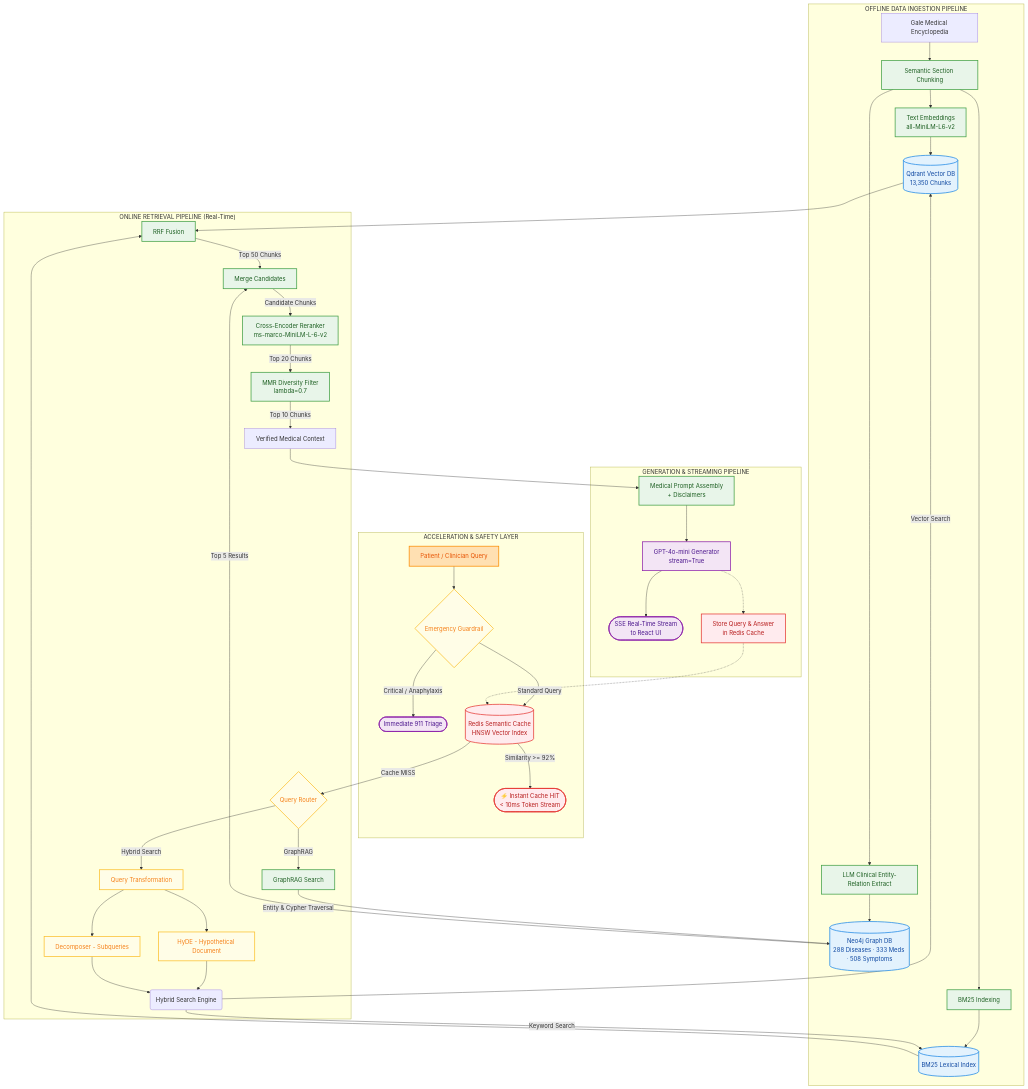
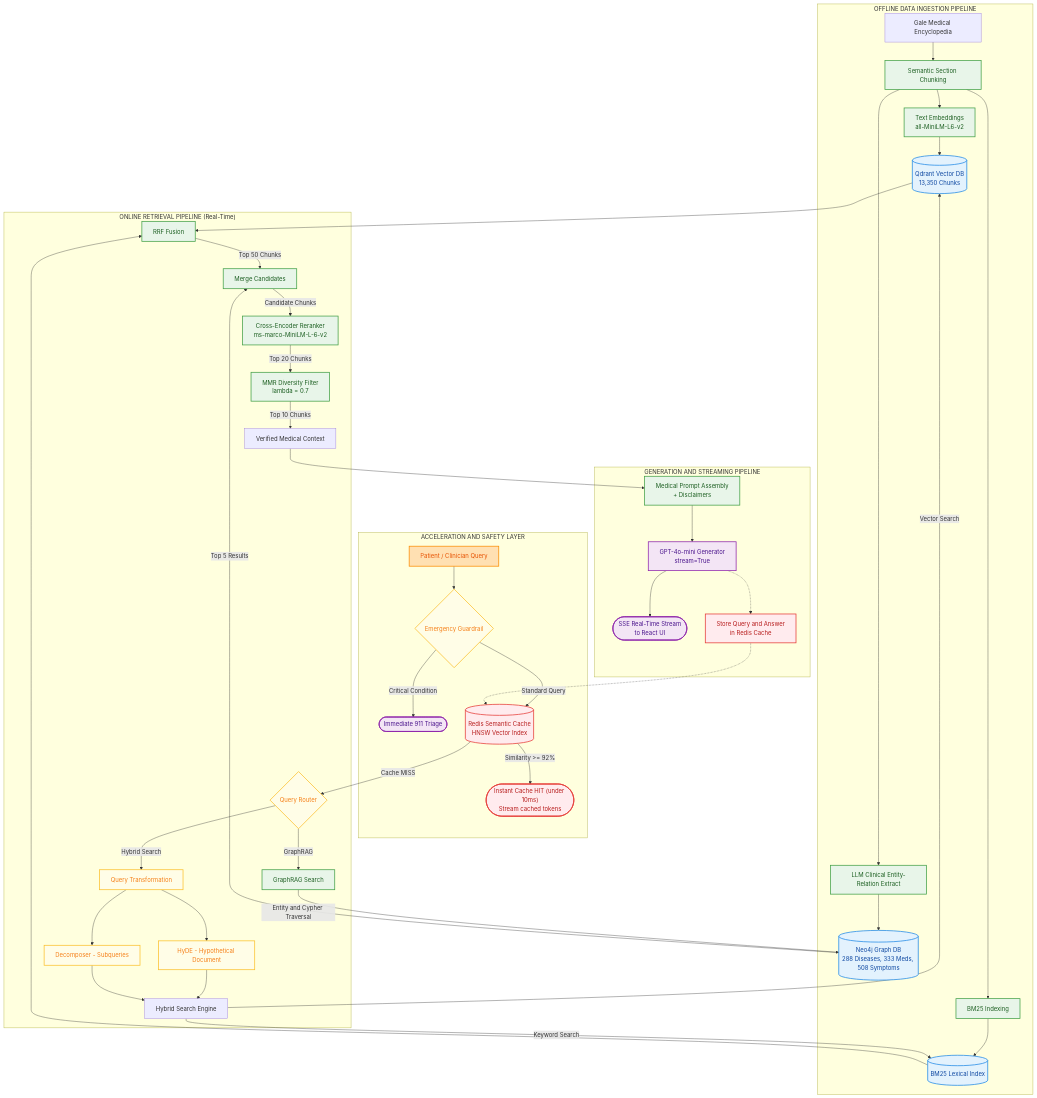
Before and after one commit to BaoNguyenz/End-to-end-Medical-Ai-Chatbox: the diagram in README.md, drawn with Mermaid.

Commit message:
fix(docs): fix Mermaid diagram syntax for GitHub markdown renderer compatibility

````diff
--- a/README.md
+++ b/README.md
@@ -50,69 +50,75 @@
 ```mermaid
 flowchart TD
-    %% Theme Styling matching main branch
+    %% Theme Styling
     classDef storage fill:#e3f2fd,stroke:#1e88e5,stroke-width:2px,color:#0d47a1;
     classDef action fill:#e8f5e9,stroke:#43a047,stroke-width:2px,color:#1b5e20;
     classDef routing fill:#fffde7,stroke:#fbc02d,stroke-width:2px,color:#f57f17;
     classDef input fill:#ffe0b2,stroke:#fb8c00,stroke-width:2px,color:#e65100;
     classDef output fill:#f3e5f5,stroke:#8e24aa,stroke-width:2px,color:#4a148c;
     classDef cache fill:#ffebee,stroke:#e53935,stroke-width:2px,color:#b71c1c;
 
     subgraph INGESTION ["OFFLINE DATA INGESTION PIPELINE"]
-        Docs[Gale Medical Encyclopedia] --> Chunk[Semantic Section Chunking]
+        Docs["Gale Medical Encyclopedia"] --> Chunk["Semantic Section Chunking"]
         
         %% Vector & BM25
-        Chunk --> Embed[Text Embeddings<br/>all-MiniLM-L6-v2] --> VecDB[(Qdrant Vector DB<br/>13,350 Chunks)]
-        Chunk --> BuildBM25[BM25 Indexing] --> BM25DB[(BM25 Lexical Index)]
+        Chunk --> Embed["Text Embeddings<br/>all-MiniLM-L6-v2"]
+        Embed --> VecDB[("Qdrant Vector DB<br/>13,350 Chunks")]
+        Chunk --> BuildBM25["BM25 Indexing"]
+        BuildBM25 --> BM25DB[("BM25 Lexical Index")]
         
         %% GraphRAG
-        Chunk --> GraphExtract[LLM Clinical Entity-Relation Extract] --> GraphDB[(Neo4j Graph DB<br/>288 Diseases · 333 Meds · 508 Symptoms)]
+        Chunk --> GraphExtract["LLM Clinical Entity-Relation Extract"]
+        GraphExtract --> KgDB[("Neo4j Graph DB<br/>288 Diseases, 333 Meds, 508 Symptoms")]
     end
 
-    subgraph CACHING ["ACCELERATION & SAFETY LAYER"]
-        Q[Patient / Clinician Query] --> Safety{Emergency Guardrail}
-        Safety -- "Critical / Anaphylaxis" --> EmergAns([Immediate 911 Triage])
-        Safety -- "Standard Query" --> RedisCache[(Redis Semantic Cache<br/>HNSW Vector Index)]
-        RedisCache -- "Similarity >= 92%" --> CacheHit([⚡ Instant Cache HIT<br/>&lt; 10ms Token Stream])
+    subgraph CACHING ["ACCELERATION AND SAFETY LAYER"]
+        Q["Patient / Clinician Query"] --> Safety{"Emergency Guardrail"}
+        Safety -->|Critical Condition| EmergAns(["Immediate 911 Triage"])
+        Safety -->|Standard Query| RedisCache[("Redis Semantic Cache<br/>HNSW Vector Index")]
+        RedisCache -->|Similarity >= 92%| CacheHit(["Instant Cache HIT (under 10ms)<br/>Stream cached tokens"])
     end
 
     subgraph RETRIEVAL ["ONLINE RETRIEVAL PIPELINE (Real-Time)"]
-        RedisCache -- "Cache MISS" --> Router{Query Router}
+        RedisCache -->|Cache MISS| Router{"Query Router"}
         
         %% Vector / Hybrid
-        Router -- "Hybrid Search" --> QTrans[Query Transformation]
-        QTrans --> HyDE[HyDE - Hypothetical Document]
-        QTrans --> Decompose[Decomposer - Subqueries]
+        Router -->|Hybrid Search| QTrans["Query Transformation"]
+        QTrans --> HyDE["HyDE - Hypothetical Document"]
+        QTrans --> Decompose["Decomposer - Subqueries"]
         
-        HyDE & Decompose --> SearchEngine(Hybrid Search Engine)
-        SearchEngine --> |Vector Search| VecDB
-        SearchEngine --> |Keyword Search| BM25DB
+        HyDE --> SearchEngine["Hybrid Search Engine"]
+        Decompose --> SearchEngine
+        SearchEngine -->|Vector Search| VecDB
+        SearchEngine -->|Keyword Search| BM25DB
         
         %% Merging & Reranking
-        VecDB & BM25DB --> RRF[RRF Fusion]
-        RRF --> |Top 50 Chunks| Merge[Merge Candidates]
+        VecDB --> RRF["RRF Fusion"]
+        BM25DB --> RRF
+        RRF -->|Top 50 Chunks| Merge["Merge Candidates"]
 
         %% GraphRAG
-        Router -- "GraphRAG" --> GraphSearch[GraphRAG Search]
-        GraphSearch --> |Entity & Cypher Traversal| GraphDB
-        GraphDB --> |Top 5 Results| Merge
+        Router -->|GraphRAG| GraphSearch["GraphRAG Search"]
+        GraphSearch -->|Entity and Cypher Traversal| KgDB
+        KgDB -->|Top 5 Results| Merge
 
         %% Post-Retrieval Pipeline
-        Merge --> |Candidate Chunks| Rerank[Cross-Encoder Reranker<br/>ms-marco-MiniLM-L-6-v2]
-        Rerank --> |Top 20 Chunks| MMR[MMR Diversity Filter<br/>lambda=0.7]
-        MMR --> |Top 10 Chunks| Context[Verified Medical Context]
+        Merge -->|Candidate Chunks| Rerank["Cross-Encoder Reranker<br/>ms-marco-MiniLM-L-6-v2"]
+        Rerank -->|Top 20 Chunks| MMR["MMR Diversity Filter<br/>lambda = 0.7"]
+        MMR -->|Top 10 Chunks| Context["Verified Medical Context"]
     end
 
-    subgraph GENERATION ["GENERATION & STREAMING PIPELINE"]
-        Context --> Assemble[Medical Prompt Assembly<br/>+ Disclaimers]
-        Assemble --> LLM[GPT-4o-mini Generator<br/>stream=True]
-        LLM --> StreamToken([SSE Real-Time Stream<br/>to React UI])
-        LLM -.-> StoreCache[Store Query & Answer<br/>in Redis Cache] -.-> RedisCache
+    subgraph GENERATION ["GENERATION AND STREAMING PIPELINE"]
+        Context --> Assemble["Medical Prompt Assembly<br/>+ Disclaimers"]
+        Assemble --> LLM["GPT-4o-mini Generator<br/>stream=True"]
+        LLM --> StreamToken(["SSE Real-Time Stream<br/>to React UI"])
+        LLM -.-> StoreCache["Store Query and Answer<br/>in Redis Cache"]
+        StoreCache -.-> RedisCache
     end
 
-    class VecDB,BM25DB,GraphDB storage;
+    class VecDB,BM25DB,KgDB storage;
     class RedisCache,CacheHit,StoreCache cache;
     class Chunk,Embed,BuildBM25,GraphExtract,RRF,Rerank,MMR,GraphSearch,Assemble,Merge action;
     class Router,QTrans,HyDE,Decompose,Safety routing;
     class Q input;
     class LLM,EmergAns,StreamToken output;
 ```
````
